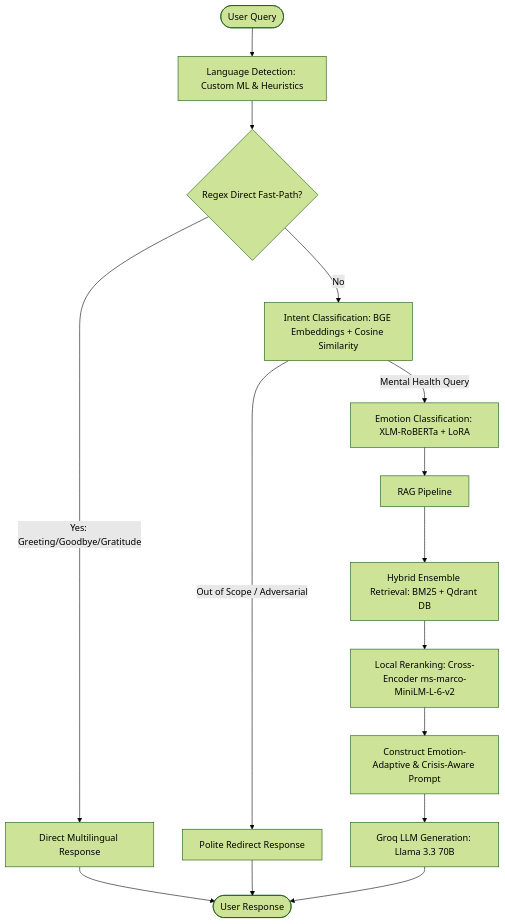
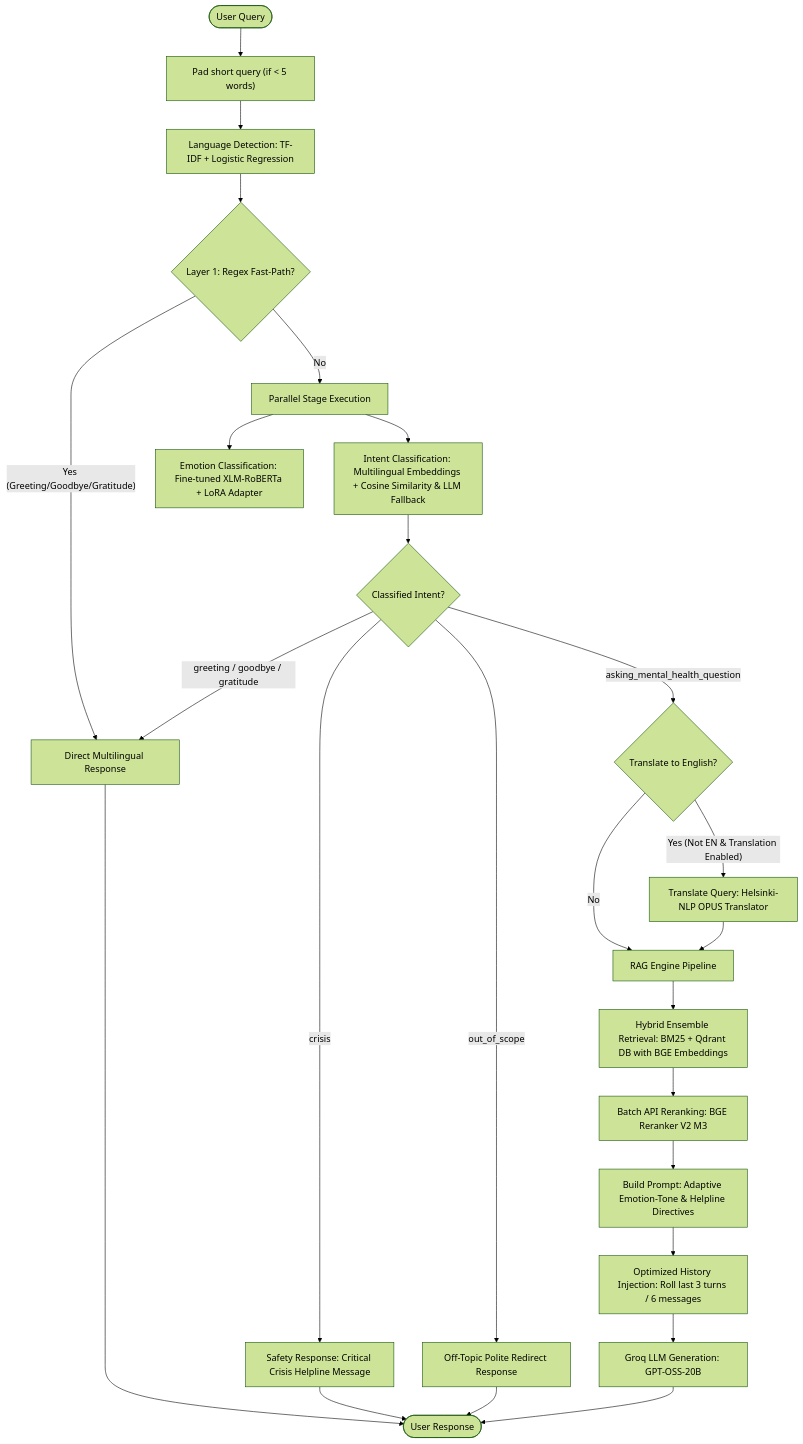
The diagram in README.md (Mazen149/Mental-Health-RAG-Chatbot), drawn with Mermaid (forest theme) before and after one commit. The commit also changed other lines of this file and 15 other files, not shown here.

Commit message:
feat: add conversation history support and optimize response performance

````diff
--- a/README.md
+++ b/README.md
@@ -30,24 +30,41 @@
 ```mermaid
 graph TD
-    UserQuery([User Query]) --> LangDetect[Language Detection: Custom ML & Heuristics]
-    LangDetect --> RegexRouter{Regex Direct Fast-Path?}
+    UserQuery([User Query]) --> PadShortQuery["Pad short query (if < 5 words)"]
+    PadShortQuery --> LangDetect["Language Detection: TF-IDF + Logistic Regression"]
+    LangDetect --> Layer1Router{"Layer 1: Regex Fast-Path?"}
     
-    %% Direct Conversational Responses
-    RegexRouter -- Yes: Greeting/Goodbye/Gratitude --> DirectResponse[Direct Multilingual Response]
+    %% Direct Responses
+    Layer1Router -- "Yes (Greeting/Goodbye/Gratitude)" --> DirectResponse["Direct Multilingual Response"]
     DirectResponse --> Output([User Response])
 
     %% NLP Processing Layer
-    RegexRouter -- No --> IntentClass[Intent Classification: BGE Embeddings + Cosine Similarity]
-    IntentClass -- Out of Scope / Adversarial --> GuardrailResponse[Polite Redirect Response]
-    GuardrailResponse --> Output
+    Layer1Router -- "No" --> ClassificationFork["Parallel Stage Execution"]
+    
+    %% Parallel Classification
+    ClassificationFork --> IntentClass["Intent Classification: Multilingual Embeddings + Cosine Similarity & LLM Fallback"]
+    ClassificationFork --> EmotionClass["Emotion Classification: Fine-tuned XLM-RoBERTa + LoRA Adapter"]
 
-    IntentClass -- Mental Health Query --> EmotionClass[Emotion Classification: XLM-RoBERTa + LoRA]
-    EmotionClass --> RAGPipeline[RAG Pipeline]
+    %% Intent Routing Decision
+    IntentClass --> IntentRouter{"Classified Intent?"}
     
-    %% RAG Pipeline
-    RAGPipeline --> HybridRetrieval[Hybrid Ensemble Retrieval: BM25 + Qdrant DB]
-    HybridRetrieval --> Reranker[Local Reranking: Cross-Encoder ms-marco-MiniLM-L-6-v2]
-    Reranker --> SystemPrompt[Construct Emotion-Adaptive & Crisis-Aware Prompt]
-    SystemPrompt --> LLM[Groq LLM Generation: Llama 3.3 70B]
-    LLM --> Output
+    IntentRouter -- "greeting / goodbye / gratitude" --> DirectResponse
+    
+    IntentRouter -- "crisis" --> CrisisResponse["Safety Response: Critical Crisis Helpline Message"]
+    CrisisResponse --> Output
+
+    IntentRouter -- "out_of_scope" --> RedirectResponse["Off-Topic Polite Redirect Response"]
+    RedirectResponse --> Output
+
+    IntentRouter -- "asking_mental_health_question" --> TranslationCheck{"Translate to English?"}
+    TranslationCheck -- "Yes (Not EN & Translation Enabled)" --> TransEngine["Translate Query: Helsinki-NLP OPUS Translator"]
+    TranslationCheck -- "No" --> RAGEngine["RAG Engine Pipeline"]
+    TransEngine --> RAGEngine
+    
+    %% RAG Engine Pipeline
+    RAGEngine --> HybridRetrieval["Hybrid Ensemble Retrieval: BM25 + Qdrant DB with BGE Embeddings"]
+    HybridRetrieval --> Reranker["Batch API Reranking: BGE Reranker V2 M3"]
+    Reranker --> BuildPrompt["Build Prompt: Adaptive Emotion-Tone & Helpline Directives"]
+    BuildPrompt --> HistoryPruning["Optimized History Injection: Roll last 3 turns / 6 messages"]
+    HistoryPruning --> GroqLLM["Groq LLM Generation: GPT-OSS-20B"]
+    GroqLLM --> Output
 ```
````
